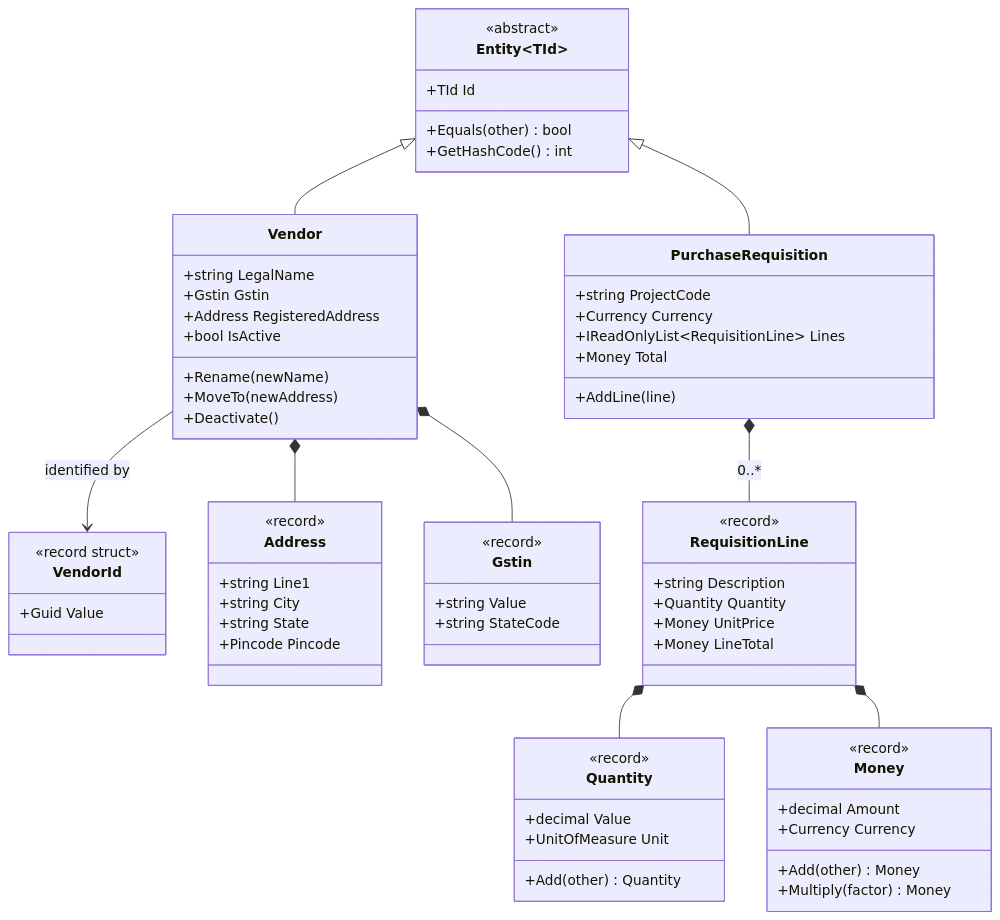
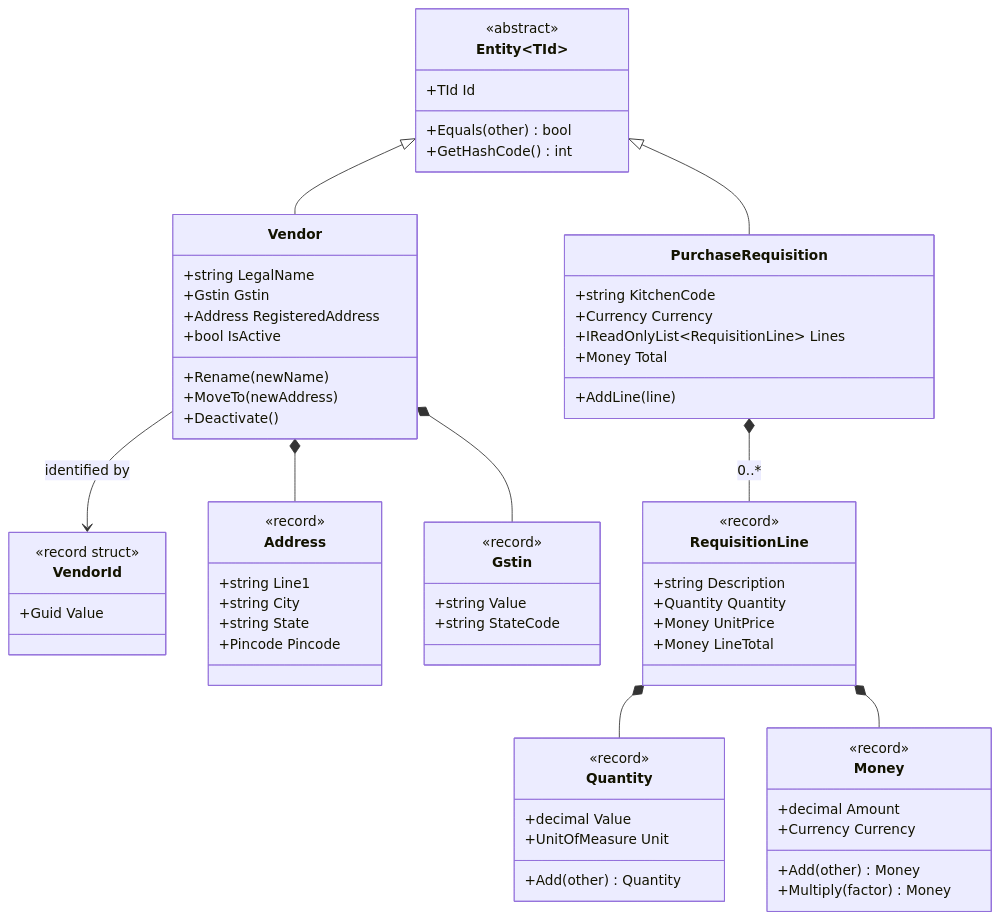
Before and after one commit to rizwi0786/system-design-lab: the first of 2 diagrams in content/lessons/m08/m08-entities-value-objects.md, drawn with Mermaid. The commit also changed other lines of this file and 334 other files, not shown here.

````diff
--- a/content/lessons/m08/m08-entities-value-objects.md
+++ b/content/lessons/m08/m08-entities-value-objects.md
@@ -161,69 +161,69 @@
 ```mermaid
 classDiagram
     class Entity~TId~ {
         <<abstract>>
         +TId Id
         +Equals(other) bool
         +GetHashCode() int
     }
     class Vendor {
         +string LegalName
         +Gstin Gstin
         +Address RegisteredAddress
         +bool IsActive
         +Rename(newName)
         +MoveTo(newAddress)
         +Deactivate()
     }
     class PurchaseRequisition {
-        +string ProjectCode
+        +string KitchenCode
         +Currency Currency
         +IReadOnlyList~RequisitionLine~ Lines
         +Money Total
         +AddLine(line)
     }
     class VendorId {
         <<record struct>>
         +Guid Value
     }
     class Money {
         <<record>>
         +decimal Amount
         +Currency Currency
         +Add(other) Money
         +Multiply(factor) Money
     }
     class Quantity {
         <<record>>
         +decimal Value
         +UnitOfMeasure Unit
         +Add(other) Quantity
     }
     class Address {
         <<record>>
         +string Line1
         +string City
         +string State
         +Pincode Pincode
     }
     class Gstin {
         <<record>>
         +string Value
         +string StateCode
     }
     class RequisitionLine {
         <<record>>
         +string Description
         +Quantity Quantity
         +Money UnitPrice
         +Money LineTotal
     }
     Entity~TId~ <|-- Vendor
     Entity~TId~ <|-- PurchaseRequisition
     Vendor --> VendorId : identified by
     Vendor *-- Gstin
     Vendor *-- Address
     PurchaseRequisition *-- RequisitionLine : 0..*
     RequisitionLine *-- Quantity
     RequisitionLine *-- Money
 ```
````
